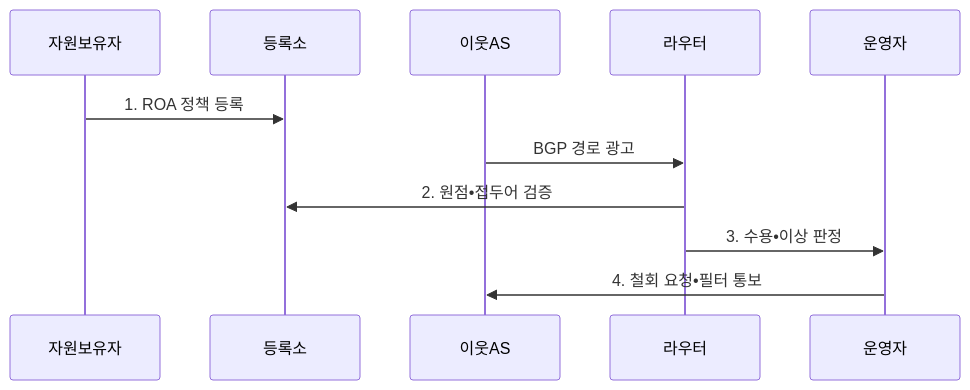
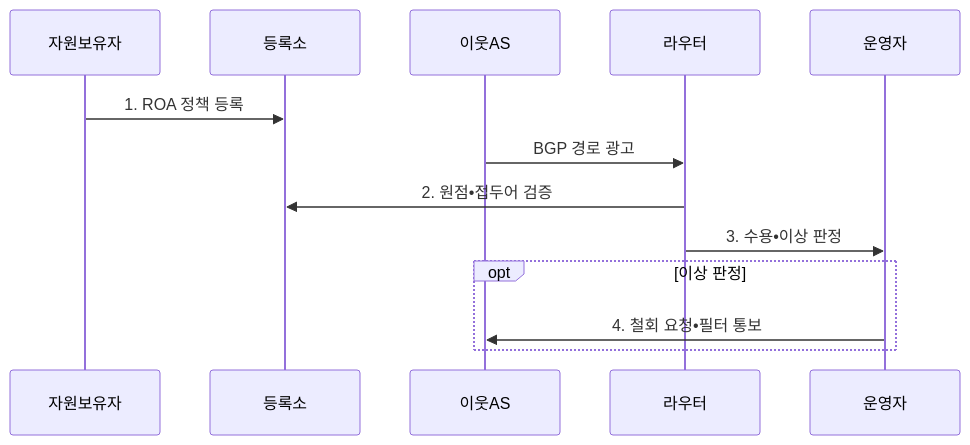
One commit to agnusdei1207/knowledge-base changed the second of 2 diagrams in src/content/docs/notes/04-network/110_bgp_hijacking_prevention.md. Above: the diagram before and after it, drawn with Mermaid. The commit also changed other lines of this file and 11 other files, not shown here.

````diff
--- a/src/content/docs/notes/04-network/110_bgp_hijacking_prevention.md
+++ b/src/content/docs/notes/04-network/110_bgp_hijacking_prevention.md
@@ -107,13 +107,15 @@
 ```mermaid
 sequenceDiagram
     participant 자원보유자
     participant 등록소
     participant 이웃AS
     participant 라우터
     participant 운영자
     자원보유자->>등록소: 1. ROA 정책 등록
     이웃AS->>라우터: BGP 경로 광고
     라우터->>등록소: 2. 원점•접두어 검증
     라우터->>운영자: 3. 수용•이상 판정
-    운영자->>이웃AS: 4. 철회 요청•필터 통보
+    opt 이상 판정
+        운영자->>이웃AS: 4. 철회 요청•필터 통보
+    end
 ```
````
